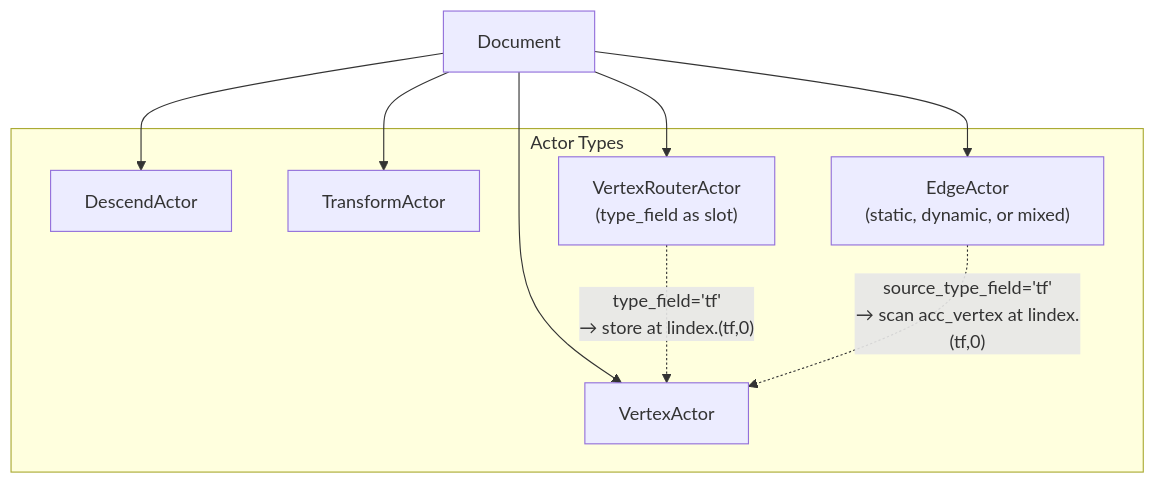
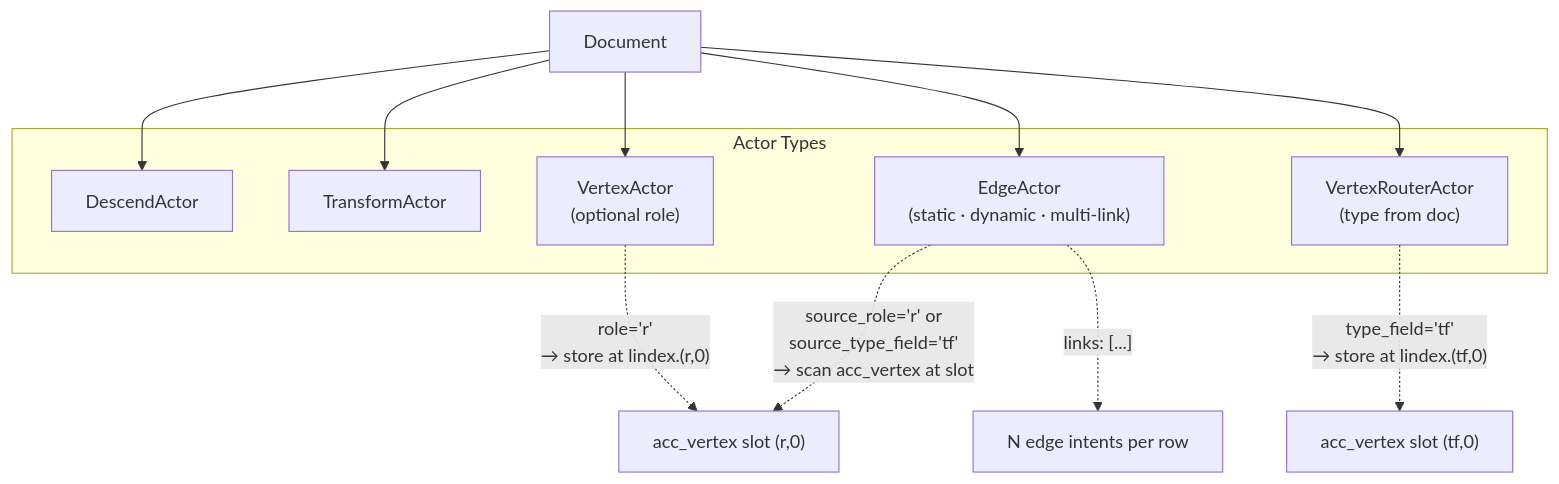
One commit to growgraph/graflo changed the seventh of 8 diagrams in docs/concepts/index.md. Above: the diagram before and after it, drawn with Mermaid. The commit also changed other lines of this file and 16 other files, not shown here.

````diff
--- a/docs/concepts/index.md
+++ b/docs/concepts/index.md
@@ -631,17 +635,19 @@
 ```mermaid
 flowchart TB
     subgraph actors [Actor Types]
         D[DescendActor]
         T[TransformActor]
-        V[VertexActor]
-        E["EdgeActor\n(static, dynamic, or mixed)"]
-        VR["VertexRouterActor\n(type_field as slot)"]
+        V["VertexActor\n(optional role)"]
+        E["EdgeActor\n(static · dynamic · multi-link)"]
+        VR["VertexRouterActor\n(type from doc)"]
     end
     Doc[Document] --> D
     Doc --> T
     Doc --> V
     Doc --> E
     Doc --> VR
-    VR -.->|"type_field='tf'\n→ store at lindex.(tf,0)"| V
-    E -.->|"source_type_field='tf'\n→ scan acc_vertex at lindex.(tf,0)"| V
+    V -.->|"role='r'\n→ store at lindex.(r,0)"| slot_r["acc_vertex slot (r,0)"]
+    VR -.->|"type_field='tf'\n→ store at lindex.(tf,0)"| slot_tf["acc_vertex slot (tf,0)"]
+    E -.->|"source_role='r' or\nsource_type_field='tf'\n→ scan acc_vertex at slot"| slot_r
+    E -.->|"links: [...]"| multi["N edge intents per row"]
 ```
````
